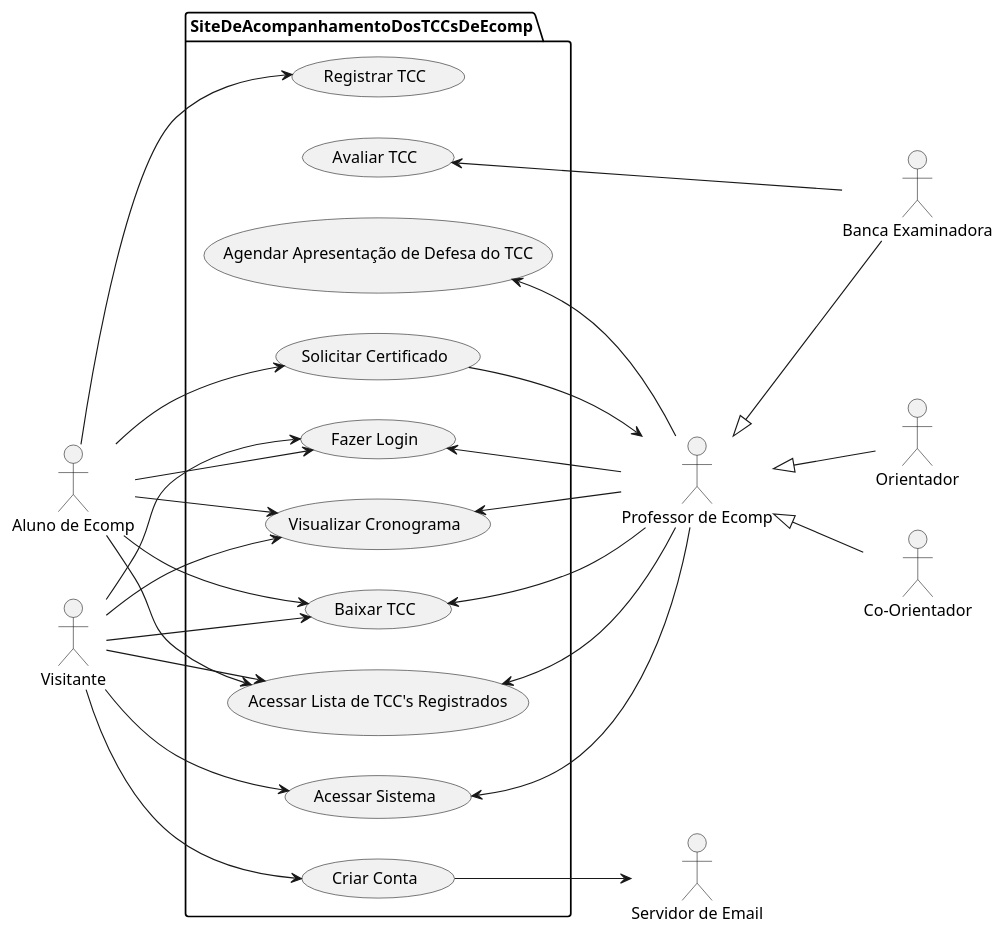
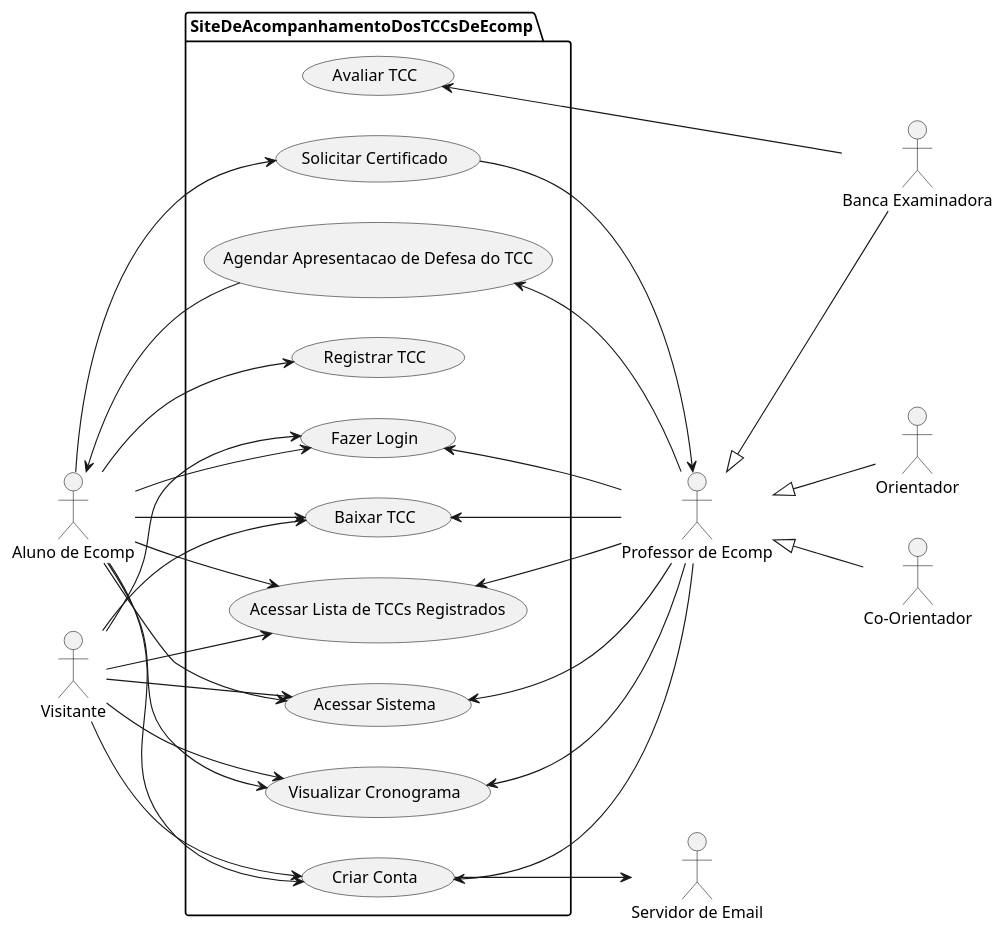
One commit to OsSociologos/SITCC changed the diagram in useCases.plantuml. Above: the diagram before and after it, drawn with PlantUML.

Commit message:
Update useCases.plantuml
Correção do Caso de Uso Criar Conta e Agendar Apresentacao de Defesa do TCC

```diff
--- a/useCases.plantuml
+++ b/useCases.plantuml
@@ -1,55 +1,59 @@
-@startuml Casos de Uso
+@startuml Diagrama de Casos de Uso
 
 left to right direction
 :Aluno de Ecomp:
 :Visitante: 
 :Servidor de Email:
 :Professor de Ecomp: 
 :Orientador:
 :Co-Orientador:
 :Banca Examinadora:
 
 
 package SiteDeAcompanhamentoDosTCCsDeEcomp{
     (Criar Conta) 
     (Fazer Login) 
     (Acessar Sistema)
     (Visualizar Cronograma)
     (Registrar TCC)
-    (Acessar Lista de TCC's Registrados)
+    (Acessar Lista de TCCs Registrados)
     (Baixar TCC)
     (Avaliar TCC)
     (Solicitar Certificado)
-    (Agendar Apresentação de Defesa do TCC)
+    (Agendar Apresentacao de Defesa do TCC)
 }
 
 :Visitante: --> (Criar Conta)
 :Visitante: --> (Fazer Login)
 :Visitante: --> (Acessar Sistema)
 :Visitante: --> (Visualizar Cronograma)
-:Visitante: --> (Acessar Lista de TCC's Registrados)
+:Visitante: --> (Acessar Lista de TCCs Registrados)
 :Visitante: --> (Baixar TCC)
 
+:Professor de Ecomp: -up-> (Criar Conta)
 :Professor de Ecomp: -up-> (Fazer Login)
-:Professor de Ecomp: -up-> (Agendar Apresentação de Defesa do TCC)
+:Professor de Ecomp: -up-> (Agendar Apresentacao de Defesa do TCC)
 :Professor de Ecomp: -up-> (Visualizar Cronograma)
 :Professor de Ecomp: -up-> (Acessar Sistema)
-:Professor de Ecomp: -up-> (Acessar Lista de TCC's Registrados)
+:Professor de Ecomp: -up-> (Acessar Lista de TCCs Registrados)
 :Professor de Ecomp: -up-> (Baixar TCC)
 
+:Aluno de Ecomp: --> (Criar Conta)
 :Aluno de Ecomp: --> (Fazer Login)
 :Aluno de Ecomp: --> (Solicitar Certificado)
 :Aluno de Ecomp: --> (Visualizar Cronograma)
 :Aluno de Ecomp: --> (Baixar TCC)
-:Aluno de Ecomp: --> (Acessar Lista de TCC's Registrados)
+:Aluno de Ecomp: --> (Acessar Lista de TCCs Registrados)
 :Aluno de Ecomp: --> (Registrar TCC)
+:Aluno de Ecomp: --> (Acessar Sistema)
 
 :Orientador: -up-|> :Professor de Ecomp:
 :Co-Orientador: -up-|> :Professor de Ecomp:
 :Banca Examinadora: -up-|> :Professor de Ecomp:
-:Banca Examinadora: -->(Avaliar TCC)
+:Banca Examinadora: --> (Avaliar TCC)
 
+(Agendar Apresentacao de Defesa do TCC) --> :Aluno de Ecomp:
 (Criar Conta) --> :Servidor de Email:
 (Solicitar Certificado) --> :Professor de Ecomp:
 
 @enduml
```
